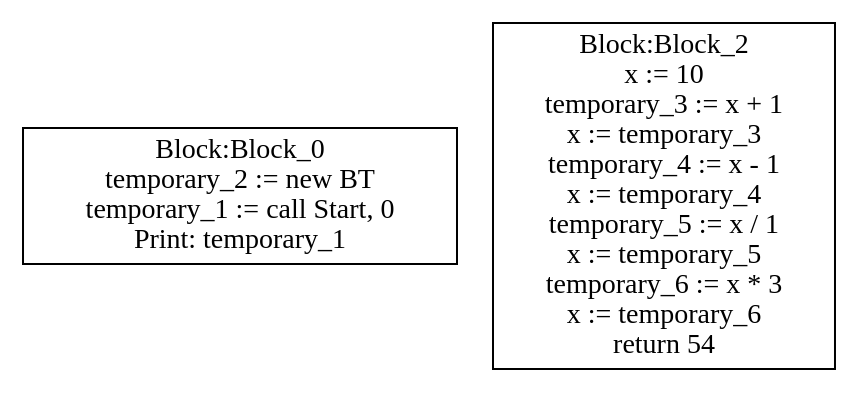
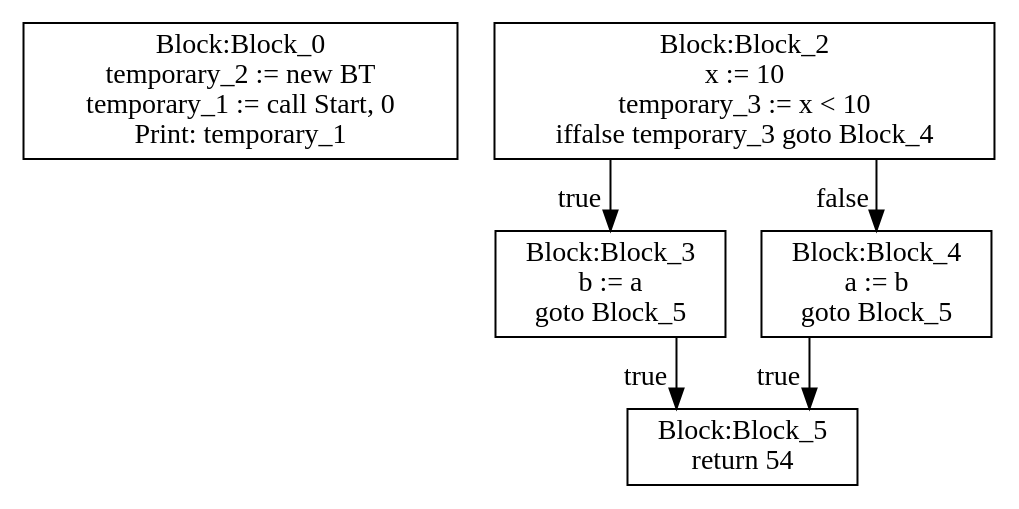
One commit to moondog-matthew/compiler-dv1655 changed the diagram in lab3/CFG-tree.dot. Above: the diagram before and after it, drawn with Graphviz. The commit also changed 5 other files, not shown here.

```diff
--- a/lab3/CFG-tree.dot
+++ b/lab3/CFG-tree.dot
@@ -1,19 +1,24 @@
 digraph {
 graph [ splines = ortho ]
 	node [ shape = box ];
 Block_0 [label="Block:Block_0
 temporary_2 := new BT
 temporary_1 := call Start, 0
 Print: temporary_1"];
 Block_2 [label="Block:Block_2
 x := 10
-temporary_3 := x + 1
-x := temporary_3
-temporary_4 := x - 1
-x := temporary_4
-temporary_5 := x / 1
-x := temporary_5
-temporary_6 := x * 3
-x := temporary_6
+temporary_3 := x < 10
+iffalse temporary_3 goto Block_4"];
+Block_2 -> Block_3 [xlabel = "true"]
+Block_3 [label="Block:Block_3
+b := a
+goto Block_5"];
+Block_3 -> Block_5 [xlabel = "true"]
+Block_5 [label="Block:Block_5
 return 54"];
+Block_2 -> Block_4 [xlabel = "false"]
+Block_4 [label="Block:Block_4
+a := b
+goto Block_5"];
+Block_4 -> Block_5 [xlabel = "true"]
 }
```
